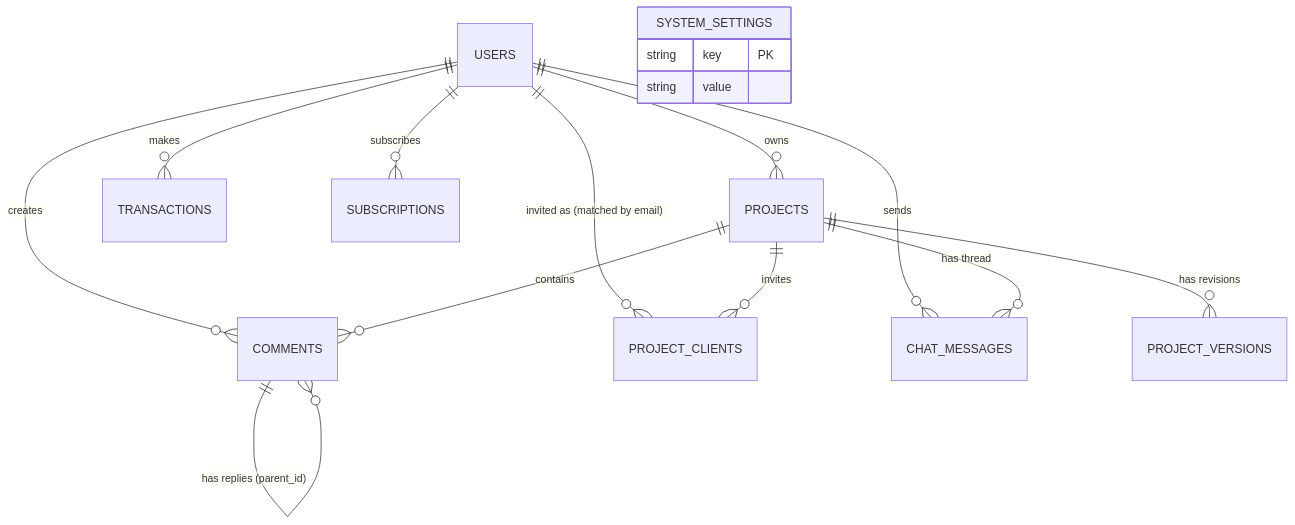
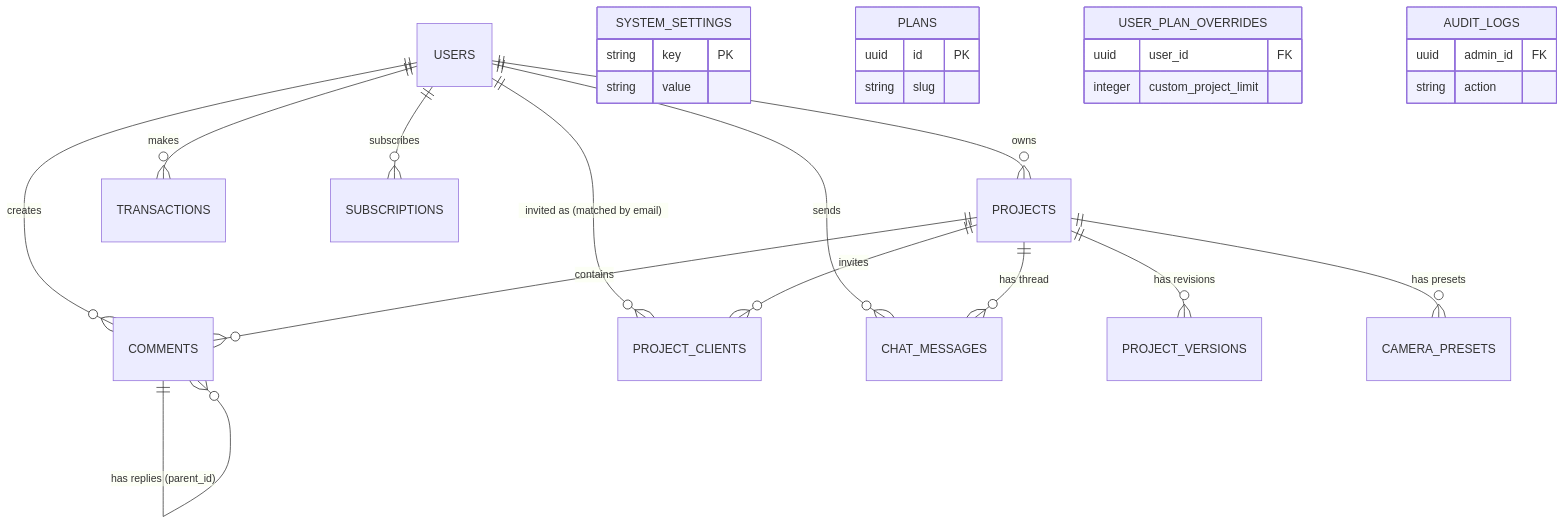
One commit to fantasiraya/web3d_arsitek changed the diagram in guide/DATABASE_SCHEMA.md. Above: the diagram before and after it, drawn with Mermaid. The commit also changed other lines of this file and 6 other files, not shown here.

````diff
--- a/guide/DATABASE_SCHEMA.md
+++ b/guide/DATABASE_SCHEMA.md
@@ -13,18 +13,31 @@
 ```mermaid
 erDiagram
     USERS ||--o{ PROJECTS : "owns"
     USERS ||--o{ COMMENTS : "creates"
     USERS ||--o{ TRANSACTIONS : "makes"
     USERS ||--o{ SUBSCRIPTIONS : "subscribes"
     USERS ||--o{ PROJECT_CLIENTS : "invited as (matched by email)"
     USERS ||--o{ CHAT_MESSAGES : "sends"
     PROJECTS ||--o{ COMMENTS : "contains"
     PROJECTS ||--o{ PROJECT_VERSIONS : "has revisions"
     PROJECTS ||--o{ PROJECT_CLIENTS : "invites"
     PROJECTS ||--o{ CHAT_MESSAGES : "has thread"
+    PROJECTS ||--o{ CAMERA_PRESETS : "has presets"
     COMMENTS ||--o{ COMMENTS : "has replies (parent_id)"
     SYSTEM_SETTINGS {
         string key PK
         string value
     }
+    PLANS {
+        uuid id PK
+        string slug
+    }
+    USER_PLAN_OVERRIDES {
+        uuid user_id FK
+        integer custom_project_limit
+    }
+    AUDIT_LOGS {
+        uuid admin_id FK
+        string action
+    }
 ```
````
